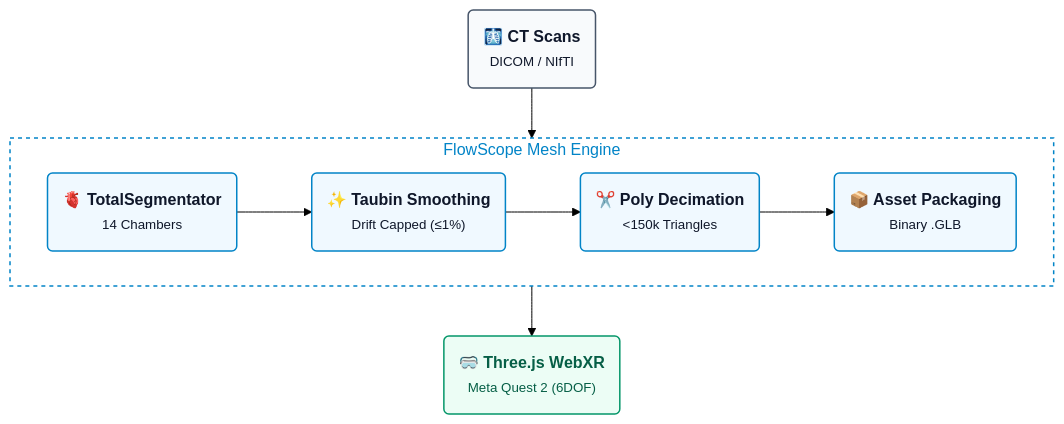
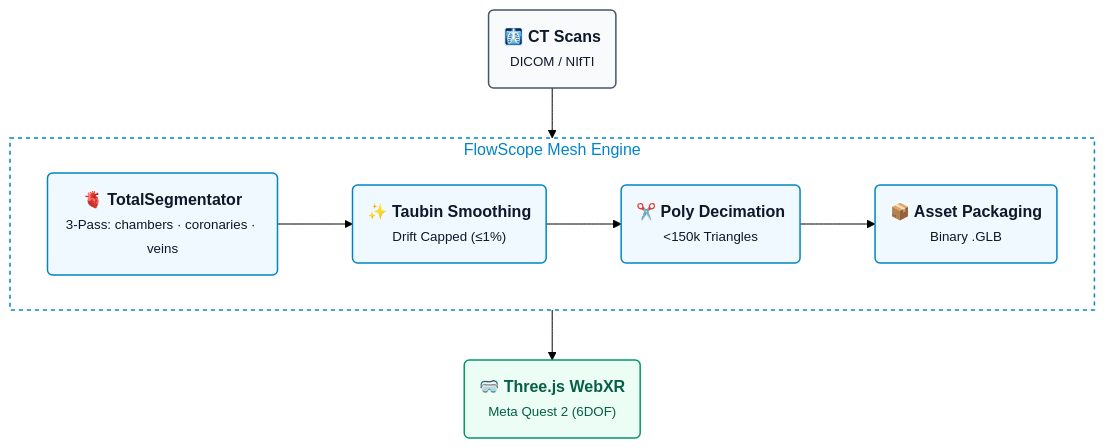
Before and after one commit to HenryGetz/FlowScope: the diagram in README.md, drawn with Mermaid (forest theme). The commit also changed other lines of this file and 10 other files, not shown here.

````diff
--- a/README.md
+++ b/README.md
@@ -22,26 +22,26 @@
 ```mermaid
 flowchart TD
     classDef input fill:#f8fafc,stroke:#475569,stroke-width:1.5px,color:#0f172a;
     classDef process fill:#f0f9ff,stroke:#0284c7,stroke-width:1.5px,color:#0f172a;
     classDef output fill:#ecfdf5,stroke:#059669,stroke-width:1.5px,color:#065f46;
 
     scans("<b>🩻 CT Scans</b><br><small>DICOM / NIfTI</small>"):::input
 
     subgraph engine ["&nbsp;FlowScope Mesh Engine&nbsp;"]
         direction LR
-        seg("<b>🫀 TotalSegmentator</b><br><small>14 Chambers</small>"):::process
+        seg("<b>🫀 TotalSegmentator</b><br><small>3-Pass: chambers · coronaries · veins</small>"):::process
         smooth("<b>✨ Taubin Smoothing</b><br><small>Drift Capped (&le;1%)</small>"):::process
         diet("<b>✂️ Poly Decimation</b><br><small>&lt;150k Triangles</small>"):::process
         glb("<b>📦 Asset Packaging</b><br><small>Binary .GLB</small>"):::process
 
         seg --> smooth --> diet --> glb
     end
 
     vr("<b>🥽 Three.js WebXR</b><br><small>Meta Quest 2 (6DOF)</small>"):::output
 
     scans --> engine
     engine --> vr
 
     style engine fill:none,stroke:#0284c7,stroke-width:1.5px,stroke-dasharray: 4 4,color:#0284c7;
 
 ```
````
